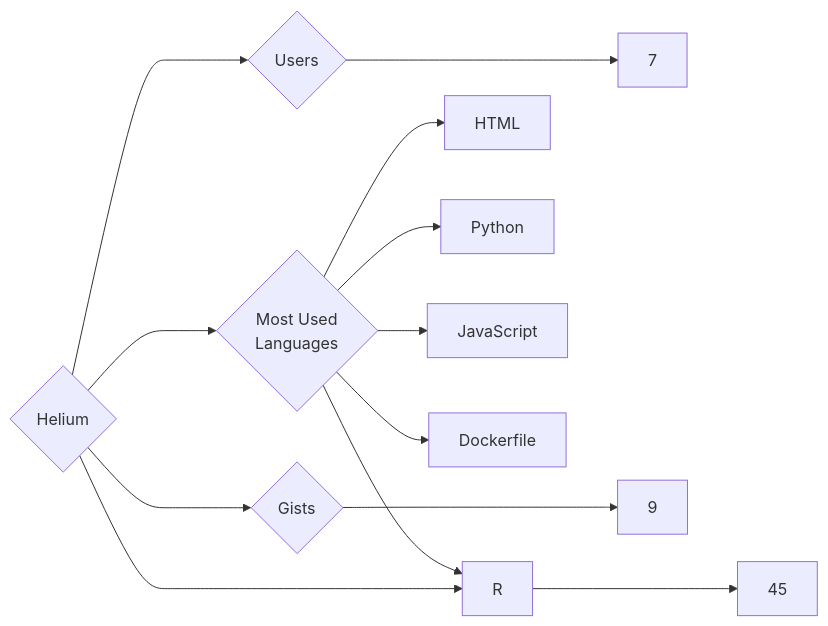
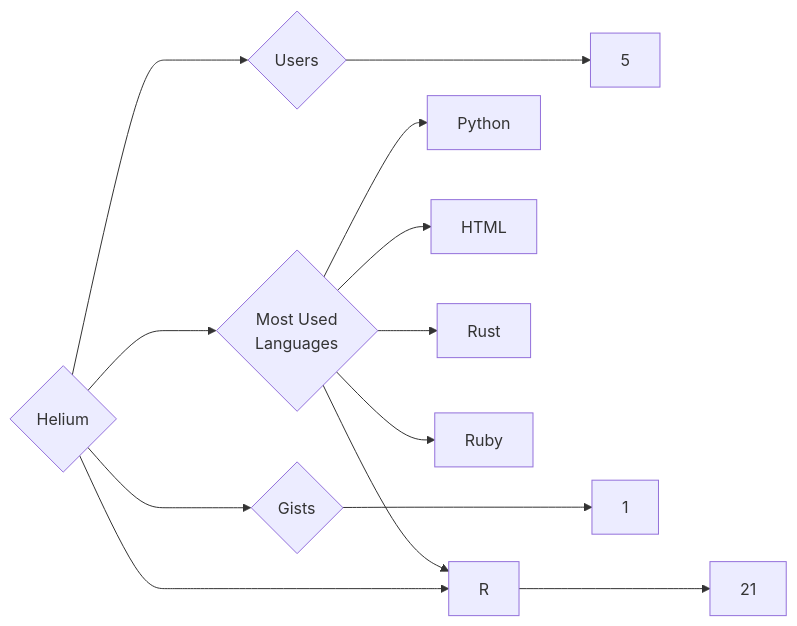
One commit to trickest/insiders changed the diagram in targets/Helium/README.md. Above: the diagram before and after it, drawn with Mermaid. The commit also changed 1167 other files, not shown here.

````diff
--- a/targets/Helium/README.md
+++ b/targets/Helium/README.md
@@ -3,13 +3,13 @@
 ```mermaid
 graph LR
 COMPANY_NAME{Helium}
-COMPANY_NAME ---> U{Users} ---> UN[7]
-COMPANY_NAME ---> R{Repositories} ---> RN[45]
-COMPANY_NAME ---> G{Gists} ---> GN[9]
+COMPANY_NAME ---> U{Users} ---> UN[5]
+COMPANY_NAME ---> R{Repositories} ---> RN[21]
+COMPANY_NAME ---> G{Gists} ---> GN[1]
 COMPANY_NAME ---> ML{Most Used<br>Languages}
-ML --> HTML[HTML]
 ML --> Python[Python]
 ML --> R[R]
-ML --> JavaScript[JavaScript]
-ML --> Dockerfile[Dockerfile]
+ML --> HTML[HTML]
+ML --> Rust[Rust]
+ML --> Ruby[Ruby]
 ```
````
